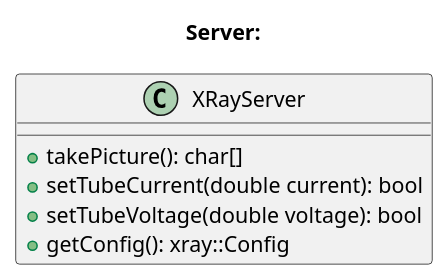
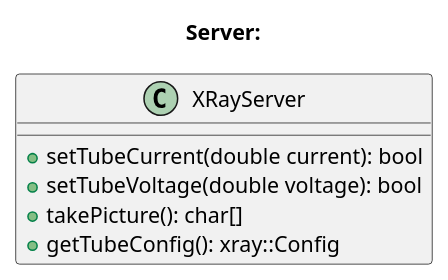
One commit to a-kuntz/JsonRPC changed the third of 4 diagrams in workshop/doc/workshop.md. Above: the diagram before and after it, drawn with PlantUML. The commit also changed other lines of this file and 1 other file, not shown here.

Commit message:
remodel server diagram after issues

````diff
--- a/workshop/doc/workshop.md
+++ b/workshop/doc/workshop.md
@@ -62,11 +62,11 @@
 ```plantuml
 @startuml
 title "Server:"
 class XRayServer{
-    +takePicture(): char[]
     +setTubeCurrent(double current): bool
     +setTubeVoltage(double voltage): bool
-    +getConfig(): xray::Config
+    +takePicture(): char[]
+    +getTubeConfig(): xray::Config
 }
 @enduml
 ```
````
